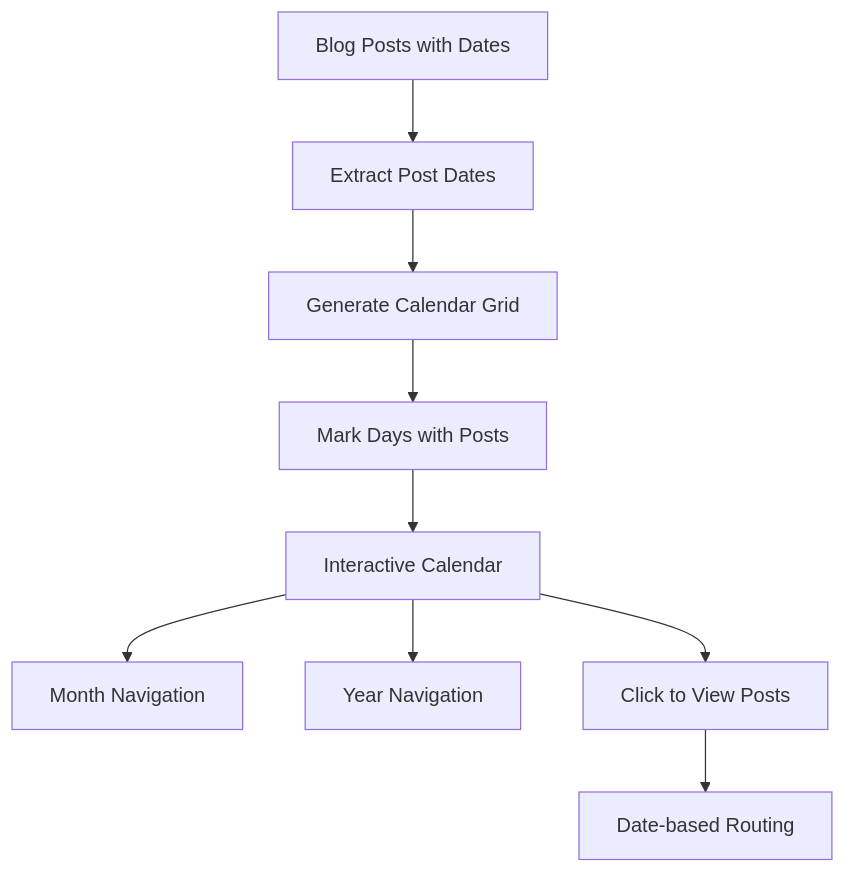
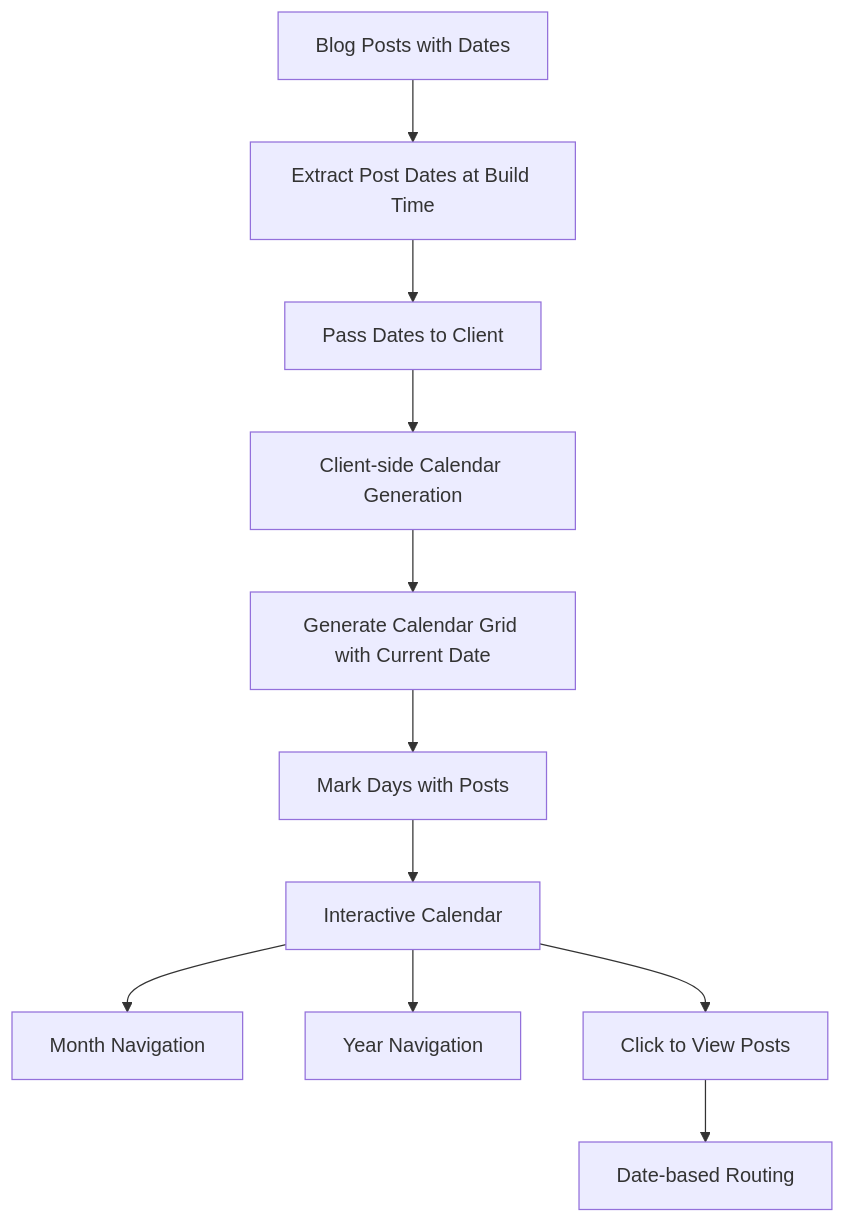
The ninth of 12 diagrams in docs/architecture-diagrams.md (ikristina/ikristina.github.io), drawn with Mermaid before and after one commit. The commit also changed 2 other files, not shown here.

Commit message:
fix: move calendar generation to client-side to fix stuck date issue
- Calendar now initializes with current date on page load instead of build time
- Fixes production issue where calendar showed October 14th instead of current date
- Update architecture documentation to reflect client-side calendar generation
- Add initialization call to updateCalendar() on script load

````diff
--- a/docs/architecture-diagrams.md
+++ b/docs/architecture-diagrams.md
@@ -297,11 +297,13 @@
 ```mermaid
 flowchart TD
-    A[Blog Posts with Dates] --> B[Extract Post Dates]
-    B --> C[Generate Calendar Grid]
-    C --> D[Mark Days with Posts]
-    D --> E[Interactive Calendar]
-    E --> F[Month Navigation]
-    E --> G[Year Navigation]
-    E --> H[Click to View Posts]
-    H --> I[Date-based Routing]
+    A[Blog Posts with Dates] --> B[Extract Post Dates at Build Time]
+    B --> C[Pass Dates to Client]
+    C --> D[Client-side Calendar Generation]
+    D --> E[Generate Calendar Grid with Current Date]
+    E --> F[Mark Days with Posts]
+    F --> G[Interactive Calendar]
+    G --> H[Month Navigation]
+    G --> I[Year Navigation]
+    G --> J[Click to View Posts]
+    J --> K[Date-based Routing]
 ```
````
